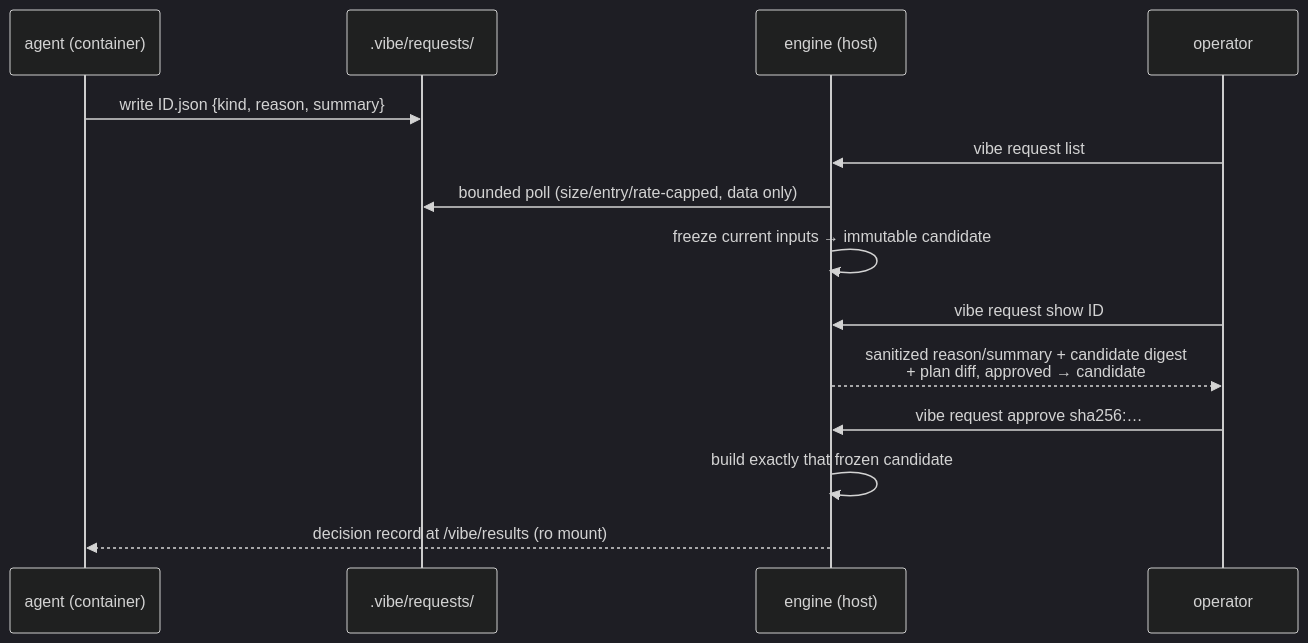
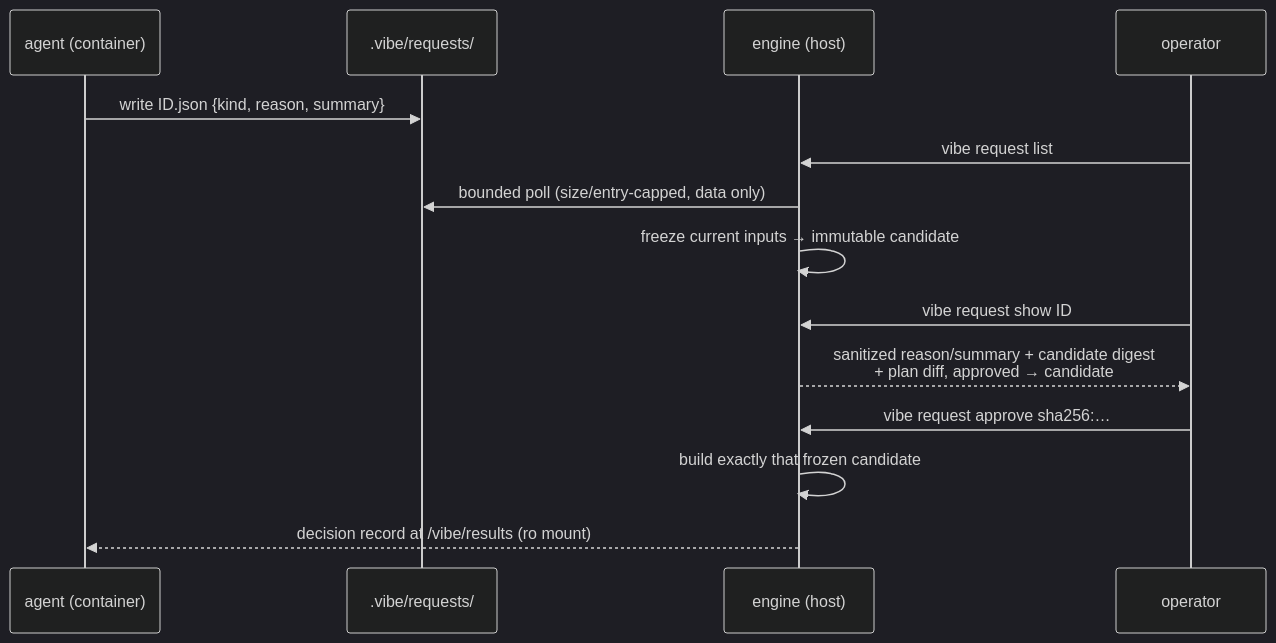
One commit to chrisdruta/vibe-tui-box changed the fourth of 5 diagrams in docs/architecture.md. Above: the diagram before and after it, drawn with Mermaid (dark theme). The commit also changed other lines of this file and 15 other files, not shown here.

````diff
--- a/docs/architecture.md
+++ b/docs/architecture.md
@@ -260,17 +283,17 @@
 ```mermaid
 sequenceDiagram
     participant A as agent (container)
     participant W as .vibe/requests/
     participant E as engine (host)
     participant O as operator
 
     A->>W: write ID.json {kind, reason, summary}
     O->>E: vibe request list
-    E->>W: bounded poll (size/entry/rate-capped, data only)
+    E->>W: bounded poll (size/entry-capped, data only)
     E->>E: freeze current inputs → immutable candidate
     O->>E: vibe request show ID
     E-->>O: sanitized reason/summary + candidate digest<br/>+ plan diff, approved → candidate
     O->>E: vibe request approve sha256:…
     E->>E: build exactly that frozen candidate
     E-->>A: decision record at /vibe/results (ro mount)
 ```
````
